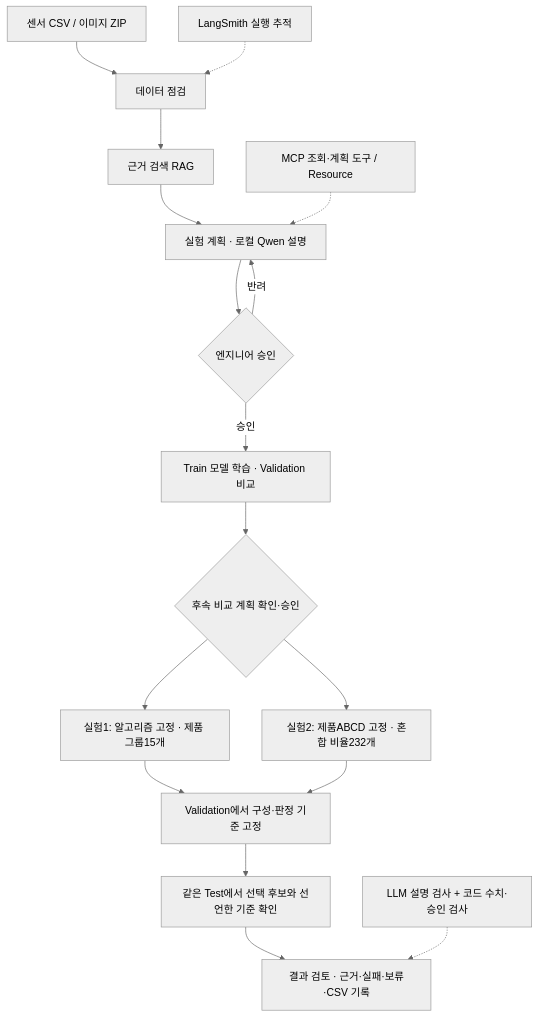
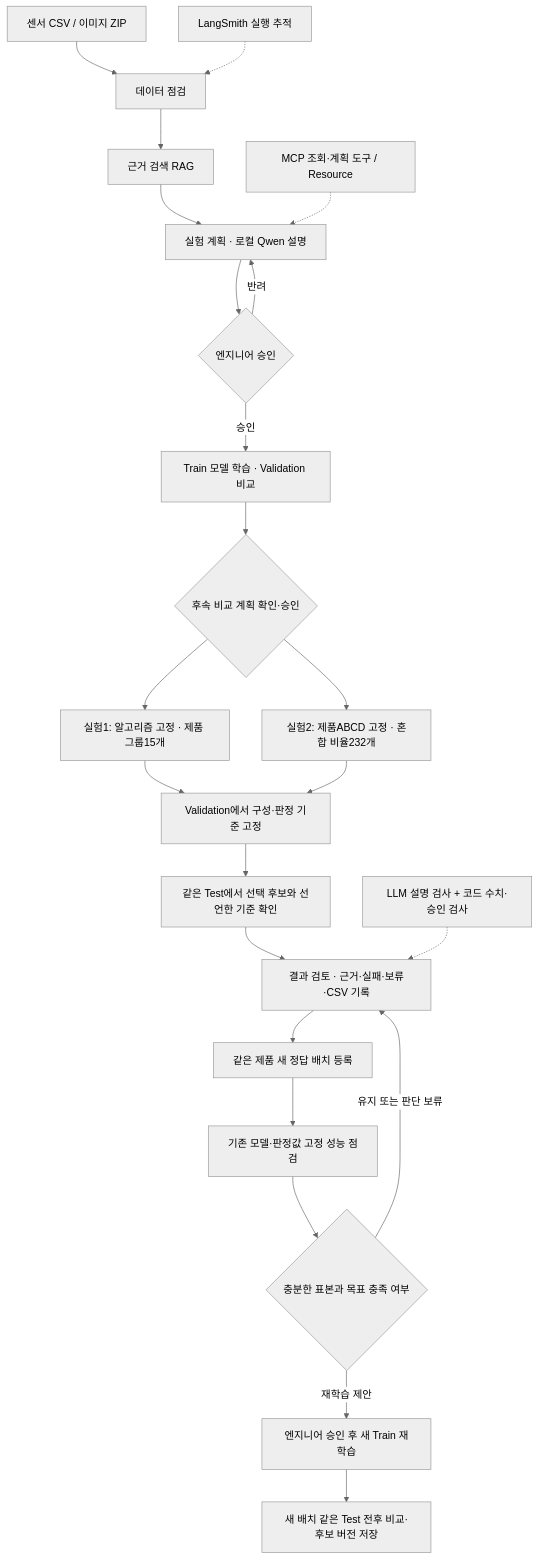
One commit to dragonchan95/Semiconductor-AI-Agent changed the diagram in docs/REPORT.md. Above: the diagram before and after it, drawn with Mermaid (neutral theme). The commit also changed other lines of this file and 26 other files, not shown here.

````diff
--- a/docs/REPORT.md
+++ b/docs/REPORT.md
@@ -48,19 +49,25 @@
 ```mermaid
 flowchart TD
     A[센서 CSV / 이미지 ZIP] --> B[데이터 점검]
     B --> C[근거 검색 RAG]
     C --> D[실험 계획 · 로컬 Qwen 설명]
     D --> E{엔지니어 승인}
     E -->|승인| F[Train 모델 학습 · Validation 비교]
     E -->|반려| D
     F --> G{후속 비교 계획 확인·승인}
     G --> H[실험1: 알고리즘 고정 · 제품 그룹15개]
     G --> I[실험2: 제품ABCD 고정 · 혼합 비율232개]
     H --> J[Validation에서 구성·판정 기준 고정]
     I --> J
     J --> K[같은 Test에서 선택 후보와 선언한 기준 확인]
     K --> L[결과 검토 · 근거·실패·보류·CSV 기록]
+    L --> P[같은 제품 새 정답 배치 등록]
+    P --> Q[기존 모델·판정값 고정 성능 점검]
+    Q --> R{충분한 표본과 목표 충족 여부}
+    R -->|재학습 제안| S[엔지니어 승인 후 새 Train 재학습]
+    R -->|유지 또는 판단 보류| L
+    S --> T[새 배치 같은 Test 전후 비교·후보 버전 저장]
     M[MCP 조회·계획 도구 / Resource] -.-> D
     N[LangSmith 실행 추적] -.-> B
     O[LLM 설명 검사 + 코드 수치·승인 검사] -.-> L
 ```
````
